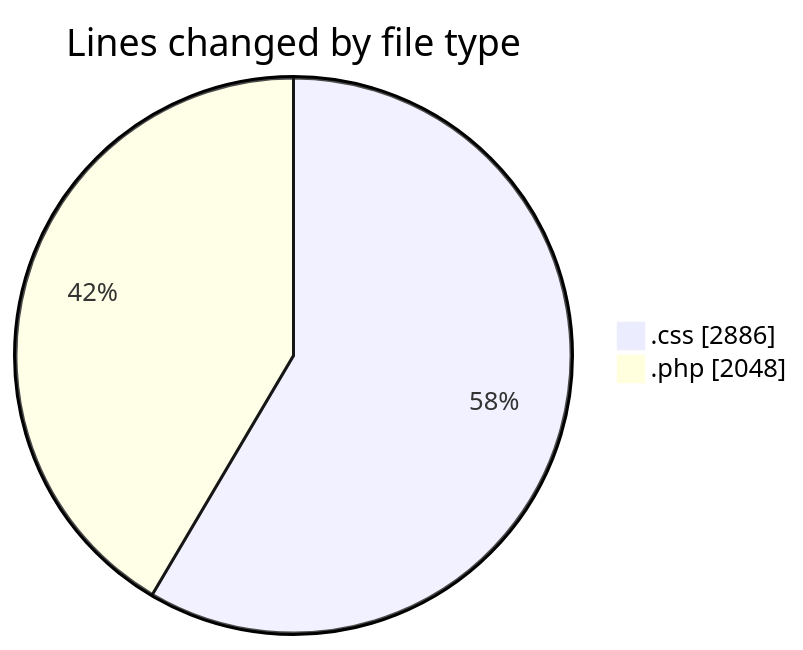
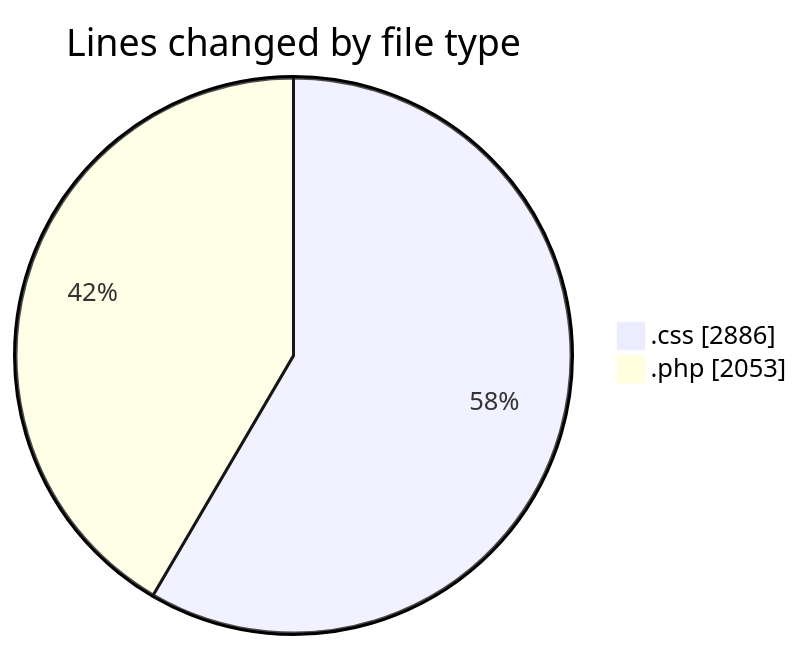
Before and after one commit to debugP/code-tracking: the first of 2 diagrams in 2026-03-17/plugins__workspace_/README.md, drawn with Mermaid. The commit also changed other lines of this file and 1 other file, not shown here.

````diff
--- a/2026-03-17/plugins__workspace_/README.md
+++ b/2026-03-17/plugins__workspace_/README.md
@@ -21,6 +21,6 @@
 ```mermaid
 pie showData
 title Lines changed by file type
 ".css" : 2886
-".php" : 2048
+".php" : 2053
 ```
````
